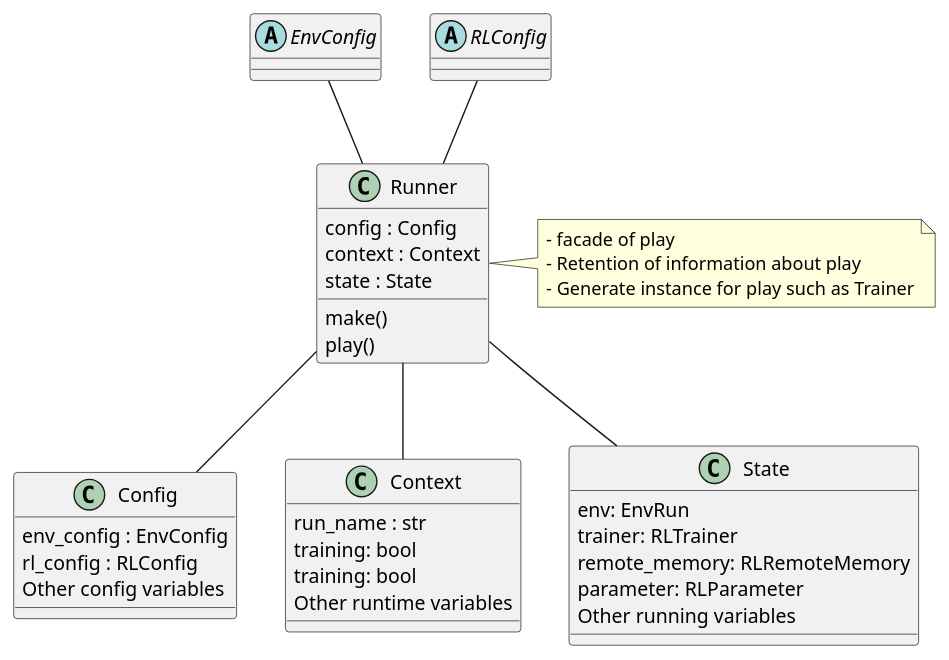
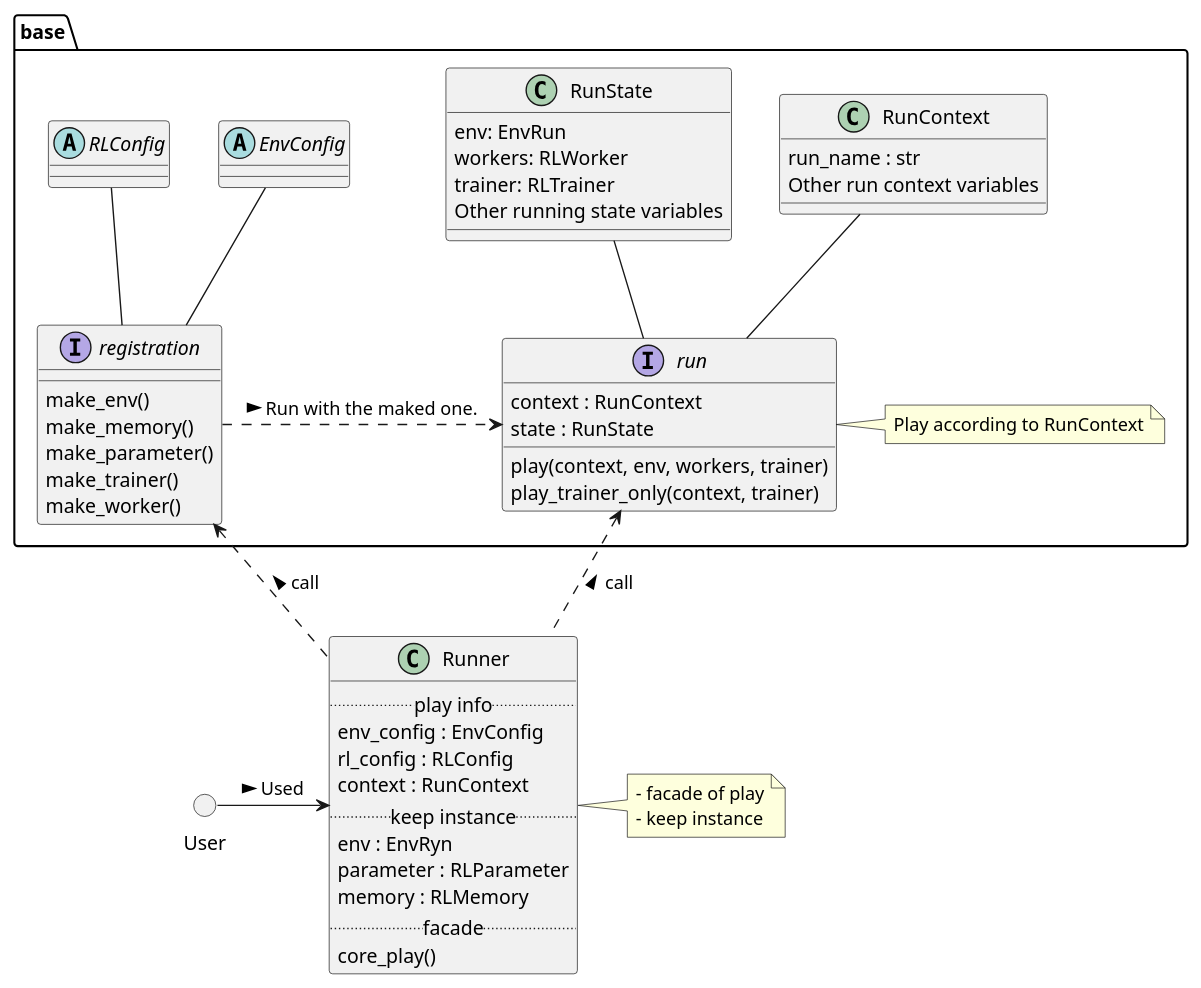
Before and after one commit to pocokhc/simple_distributed_rl: the diagram in diagrams/class_runner.pu, drawn with PlantUML. The commit also changed 32 other files, not shown here.

```diff
--- a/diagrams/class_runner.pu
+++ b/diagrams/class_runner.pu
@@ -1,48 +1,76 @@
 @startuml class_runner
 
-abstract EnvConfig {}
-abstract RLConfig {}
+abstract base.EnvConfig {}
+abstract base.RLConfig {}
+class base.RunContext {
+    run_name : str
+    Other run context variables
+}
+class base.RunState {
+    env: EnvRun
+    workers: RLWorker
+    trainer: RLTrainer
+    Other running state variables
+}
 
-class Config {
+
+' --- registration
+
+base.EnvConfig -- base.registration
+base.RLConfig -- base.registration
+
+interface base.registration {
+    make_env()
+    make_memory()
+    make_parameter()
+    make_trainer()
+    make_worker()
+}
+
+
+' --- run
+
+base.RunContext -- base.run
+base.RunState -- base.run
+
+interface base.run {
+    context : RunContext
+    state : RunState
+    play(context, env, workers, trainer)
+    play_trainer_only(context, trainer)
+}
+note as base.BaseRunMemo
+Play according to RunContext
+end note
+base.run <|- base.BaseRunMemo
+
+base.registration .> base.run : Run with the maked one. >
+
+' --- Runner
+
+class Runner {
+    .. play info ..
     env_config : EnvConfig
     rl_config : RLConfig
-    Other config variables
+    context : RunContext
+    .. keep instance ..
+    env : EnvRyn
+    parameter : RLParameter
+    memory : RLMemory
+    .. facade ..
+    core_play()
 }
-class Context {
-    run_name : str
-    training: bool
-    training: bool
-    Other runtime variables
-}
-class State {
-    env: EnvRun
-    trainer: RLTrainer
-    remote_memory: RLRemoteMemory
-    parameter: RLParameter
-    Other running variables
-}
-
-class Runner {
-    config : Config
-    context : Context
-    state : State
-    make()
-    play()
-}
-Runner -- Config
-Runner -- Context
-Runner -- State
-
-EnvConfig -- Runner
-RLConfig -- Runner
-
+base.registration <.. Runner : call <
+base.run <.. Runner : call <
 
 note as RunnerMemo
 - facade of play
-- Retention of information about play
-- Generate instance for play such as Trainer
+- keep instance
 end note
 Runner <|- RunnerMemo
 
 
+circle User
+User -> Runner : Used >
+
 @enduml
```
